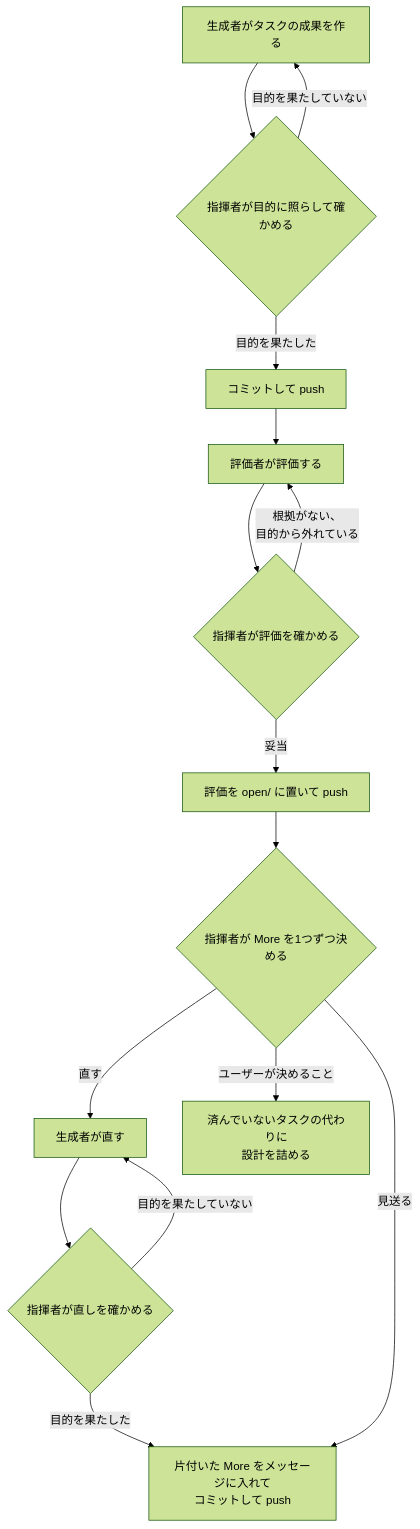
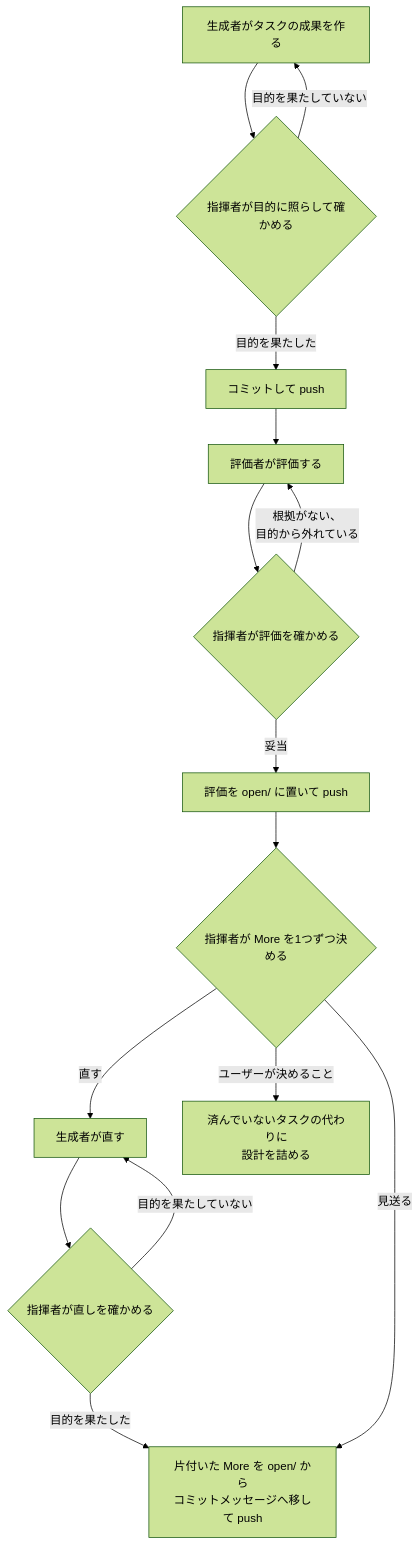
Before and after one commit to lovaizu/ccpm: the fourth of 5 diagrams in rn/docs/design.md, drawn with Mermaid (forest theme).

Commit message:
docs(rn): design.md — a settled More moves from open/ into the commit message

````diff
--- a/rn/docs/design.md
+++ b/rn/docs/design.md
@@ -100,28 +100,28 @@
 ```mermaid
 flowchart TD
     M["生成者がタスクの成果を作る"]
     K{"指揮者が目的に照らして確かめる"}
     C["コミットして push"]
     V["評価者が評価する"]
     KE{"指揮者が評価を確かめる"}
     O["評価を open/ に置いて push"]
     D{"指揮者が More を1つずつ決める"}
     F["生成者が直す"]
     FK{"指揮者が直しを確かめる"}
-    S["片付いた More をメッセージに入れて<br/>コミットして push"]
+    S["片付いた More を open/ から<br/>コミットメッセージへ移して push"]
     U["済んでいないタスクの代わりに<br/>設計を詰める"]
     M --> K
     K -->|"目的を果たしていない"| M
     K -->|"目的を果たした"| C
     C --> V
     V --> KE
     KE -->|"根拠がない、<br/>目的から外れている"| V
     KE -->|"妥当"| O
     O --> D
     D -->|"直す"| F
     F --> FK
     FK -->|"目的を果たしていない"| F
     FK -->|"目的を果たした"| S
     D -->|"見送る"| S
     D -->|"ユーザーが決めること"| U
 ```
````
